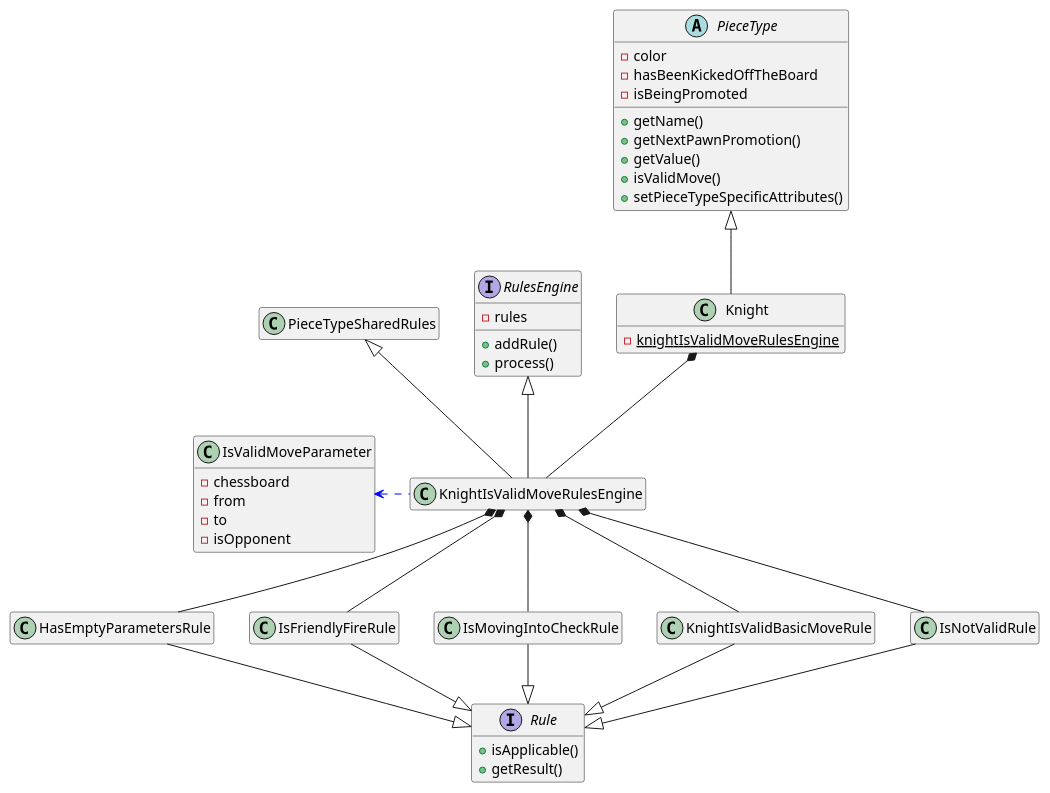
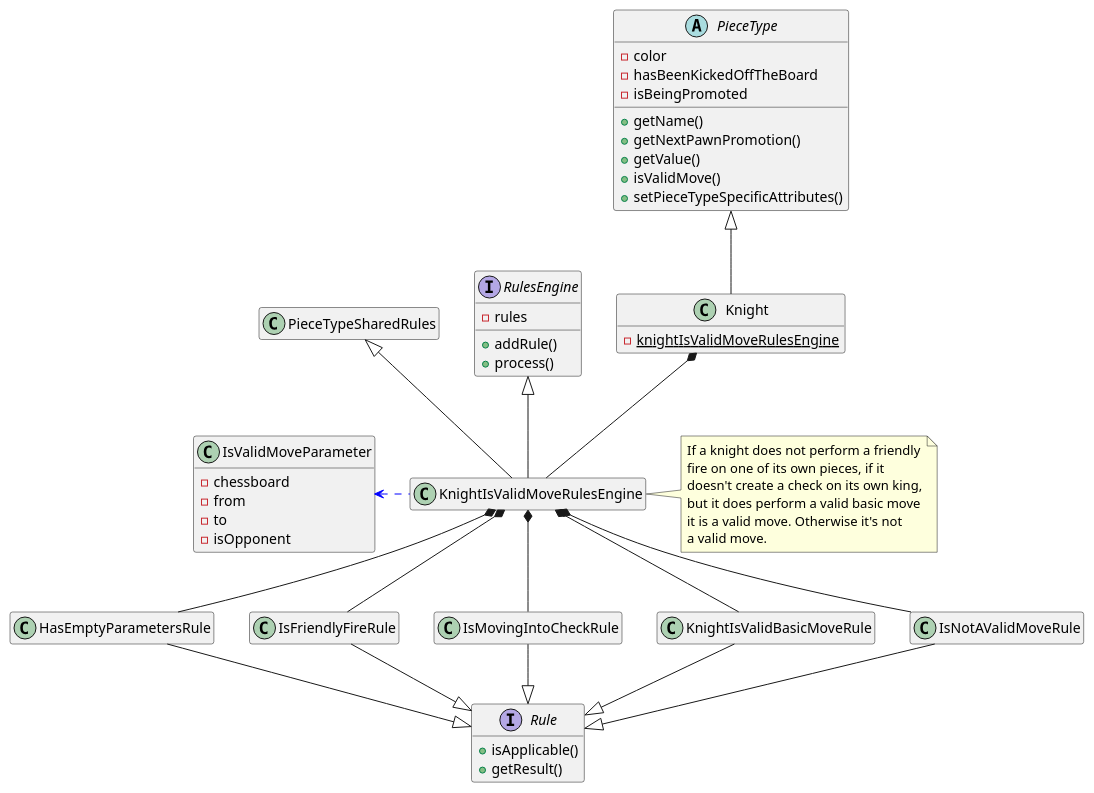
Before and after one commit to tiktaalick/chess-with-database: the diagram in game/src/main/resources/uml/knight.puml, drawn with PlantUML. The commit also changed 22 other files, not shown here.

Commit message:
* Added notes to the class diagrams.

```diff
--- a/game/src/main/resources/uml/knight.puml
+++ b/game/src/main/resources/uml/knight.puml
@@ -1,63 +1,75 @@
 @startuml
 
 '--------------'
 'Hidden members'
 '--------------'
 hide empty members
 
 '----'
 'Move'
 '----'
 abstract class PieceType {
     - color
     - hasBeenKickedOffTheBoard
     - isBeingPromoted
     + getName()
     + getNextPawnPromotion()
     + getValue()
     + isValidMove()
     + setPieceTypeSpecificAttributes()
 }
 
 class Knight {
     - {static} knightIsValidMoveRulesEngine
 }
 
 class IsValidMoveParameter {
     - chessboard
     - from
     - to
     - isOpponent
 }
 
 interface RulesEngine {
     - rules
     + addRule()
     + process()
 }
 
 interface Rule {
     + isApplicable()
     + getResult()
 }
 
 '---------'
 'Relations'
 '---------'
 PieceType <|-down- Knight
 Knight *-- KnightIsValidMoveRulesEngine
 KnightIsValidMoveRulesEngine -up-|> RulesEngine
 KnightIsValidMoveRulesEngine -up-|> PieceTypeSharedRules
 KnightIsValidMoveRulesEngine .left[#blue].> IsValidMoveParameter
 HasEmptyParametersRule -up-* KnightIsValidMoveRulesEngine
 IsFriendlyFireRule -up-* KnightIsValidMoveRulesEngine
 IsMovingIntoCheckRule -up-* KnightIsValidMoveRulesEngine
 KnightIsValidBasicMoveRule -up-* KnightIsValidMoveRulesEngine
-IsNotValidRule -up-* KnightIsValidMoveRulesEngine
+IsNotAValidMoveRule -up-* KnightIsValidMoveRulesEngine
 HasEmptyParametersRule --|> Rule
 IsFriendlyFireRule --|> Rule
 IsMovingIntoCheckRule --|> Rule
 KnightIsValidBasicMoveRule --|> Rule
-IsNotValidRule --|> Rule
+IsNotAValidMoveRule --|> Rule
+
+'-----'
+'Notes'
+'-----'
+note right of KnightIsValidMoveRulesEngine {
+    If a knight does not perform a friendly
+    fire on one of its own pieces, if it
+    doesn't create a check on its own king,
+    but it does perform a valid basic move
+    it is a valid move. Otherwise it's not
+    a valid move.
+}
 
 @enduml
```
